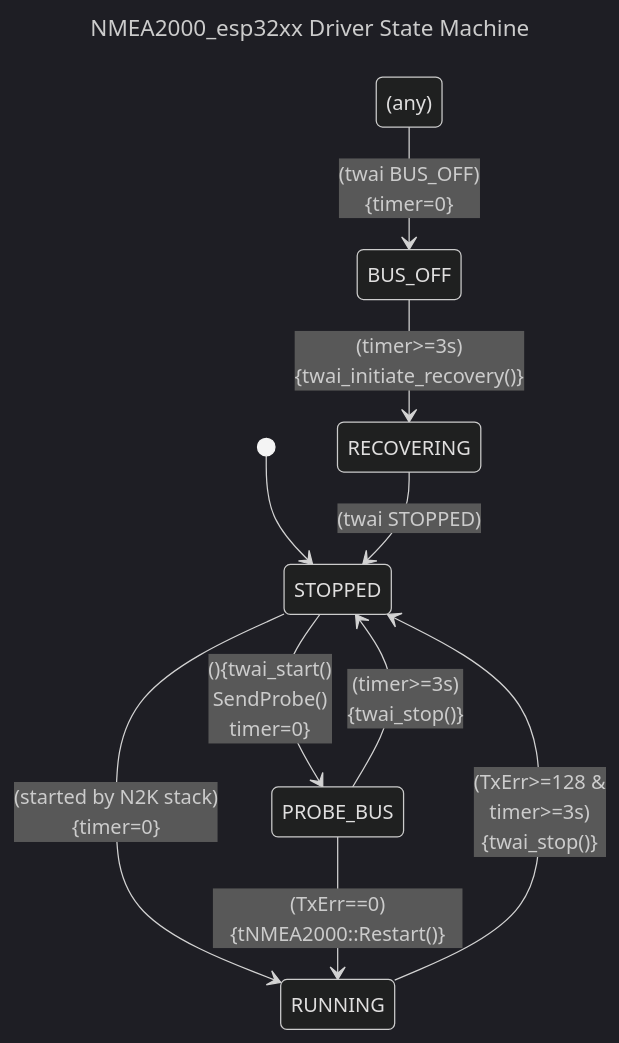
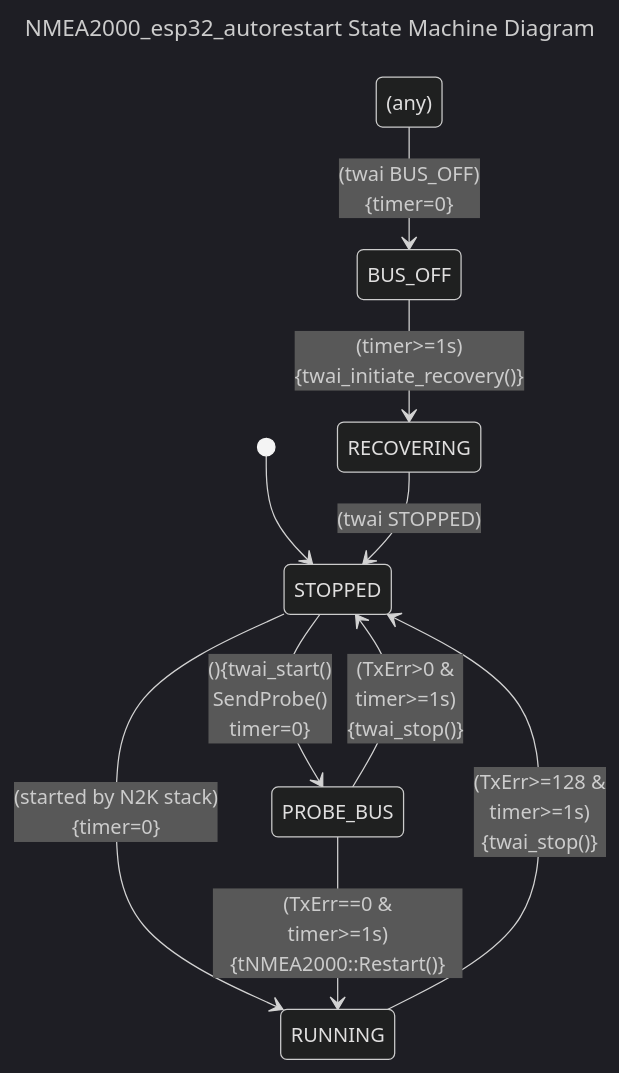
Before and after one commit to phatpaul/NMEA2000_esp32_autorestart: the diagram in README.md, drawn with Mermaid. The commit also changed other lines of this file and 2 other files, not shown here.

Commit message:
More tweaks to autorestart state machine. Added wait after bus probe to let driver reach Error-Passive state if disconnected.

````diff
--- a/README.md
+++ b/README.md
@@ -13,21 +13,21 @@
 ```mermaid
 ---
-title: NMEA2000_esp32xx Driver State Machine
+title: NMEA2000_esp32_autorestart State Machine Diagram
 config: 
   theme: 'dark'
 ---
 stateDiagram-v2
 
     [*] --> STOPPED
     STOPPED --> PROBE_BUS: (){twai_start()<br>SendProbe()<br>timer=0}
     STOPPED --> RUNNING: (started by N2K stack)<br>{timer=0}
     
-    PROBE_BUS --> RUNNING: (TxErr==0){tNMEA2000#58;#58;Restart()}
-    PROBE_BUS --> STOPPED: (timer>=3s)<br>{twai_stop()}
+    PROBE_BUS --> RUNNING: (TxErr==0 &<br>timer>=1s){tNMEA2000#58;#58;Restart()}
+    PROBE_BUS --> STOPPED: (TxErr>0 &<br>timer>=1s)<br>{twai_stop()}
     
-    RUNNING --> STOPPED: (TxErr>=128 &<br>timer>=3s)<br>{twai_stop()}
+    RUNNING --> STOPPED: (TxErr>=128 &<br>timer>=1s)<br>{twai_stop()}
     
     RECOVERING --> STOPPED: (twai STOPPED)
     (any) --> BUS_OFF: (twai BUS_OFF)<br>{timer=0}
-    BUS_OFF --> RECOVERING: (timer>=3s)<br>{twai_initiate_recovery()}
+    BUS_OFF --> RECOVERING: (timer>=1s)<br>{twai_initiate_recovery()}
 ```
````
